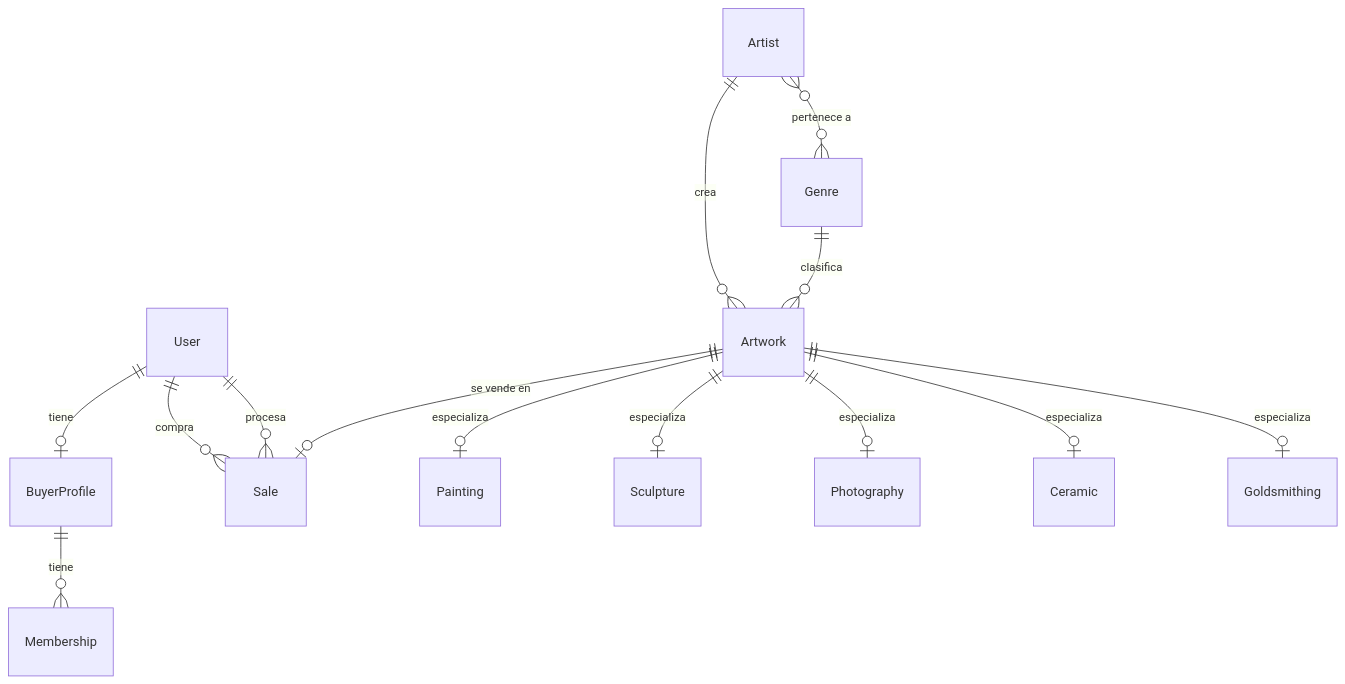
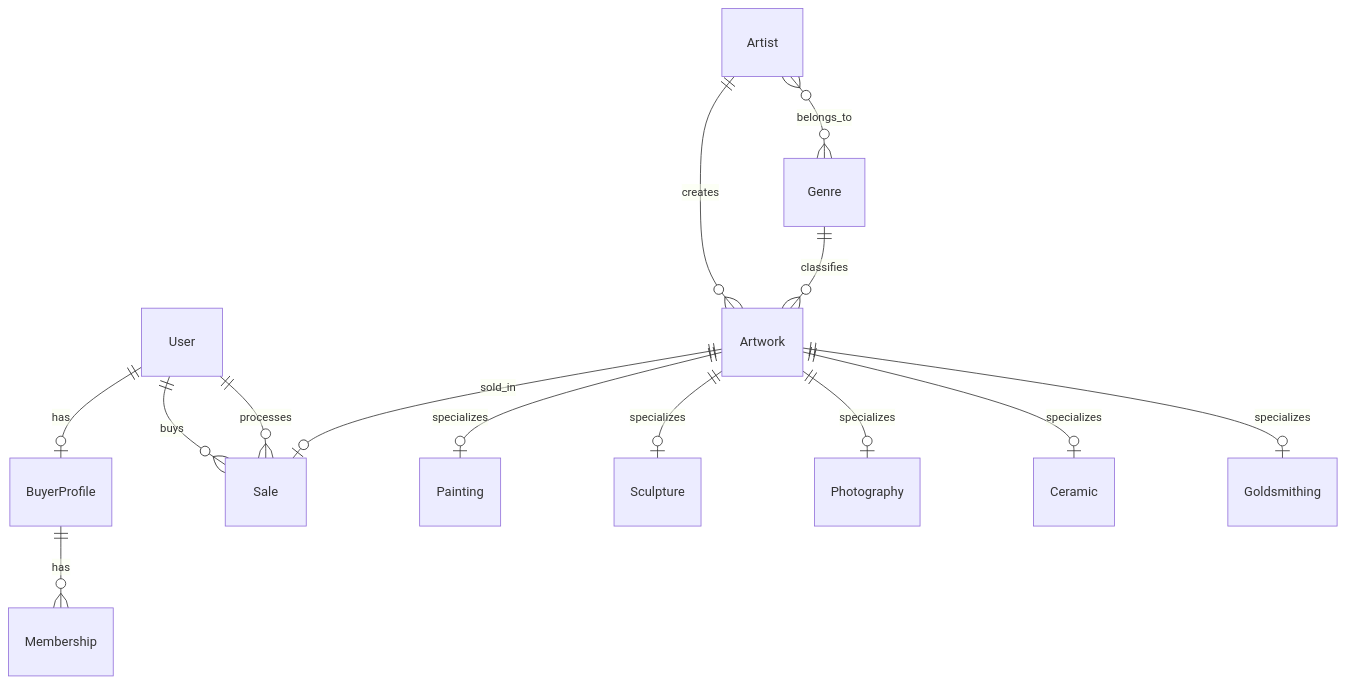
One commit to migueldevplusplus/museo-arte changed the diagram in modelado_bd.md. Above: the diagram before and after it, drawn with Mermaid. The commit also changed other lines of this file, not shown here.

````diff
--- a/modelado_bd.md
+++ b/modelado_bd.md
@@ -167,16 +208,16 @@
 ```mermaid
 erDiagram
-    User ||--o| BuyerProfile : "tiene"
-    BuyerProfile ||--o{ Membership : "tiene"
-    User ||--o{ Sale : "compra"
-    User ||--o{ Sale : "procesa"
-    Artist }o--o{ Genre : "pertenece a"
-    Artist ||--o{ Artwork : "crea"
-    Genre ||--o{ Artwork : "clasifica"
-    Artwork ||--o| Painting : "especializa"
-    Artwork ||--o| Sculpture : "especializa"
-    Artwork ||--o| Photography : "especializa"
-    Artwork ||--o| Ceramic : "especializa"
-    Artwork ||--o| Goldsmithing : "especializa"
-    Artwork ||--o| Sale : "se vende en"
+    User ||--o| BuyerProfile : has
+    BuyerProfile ||--o{ Membership : has
+    User ||--o{ Sale : buys
+    User ||--o{ Sale : processes
+    Artist }o--o{ Genre : belongs_to
+    Artist ||--o{ Artwork : creates
+    Genre ||--o{ Artwork : classifies
+    Artwork ||--o| Painting : specializes
+    Artwork ||--o| Sculpture : specializes
+    Artwork ||--o| Photography : specializes
+    Artwork ||--o| Ceramic : specializes
+    Artwork ||--o| Goldsmithing : specializes
+    Artwork ||--o| Sale : sold_in
 ```
````
